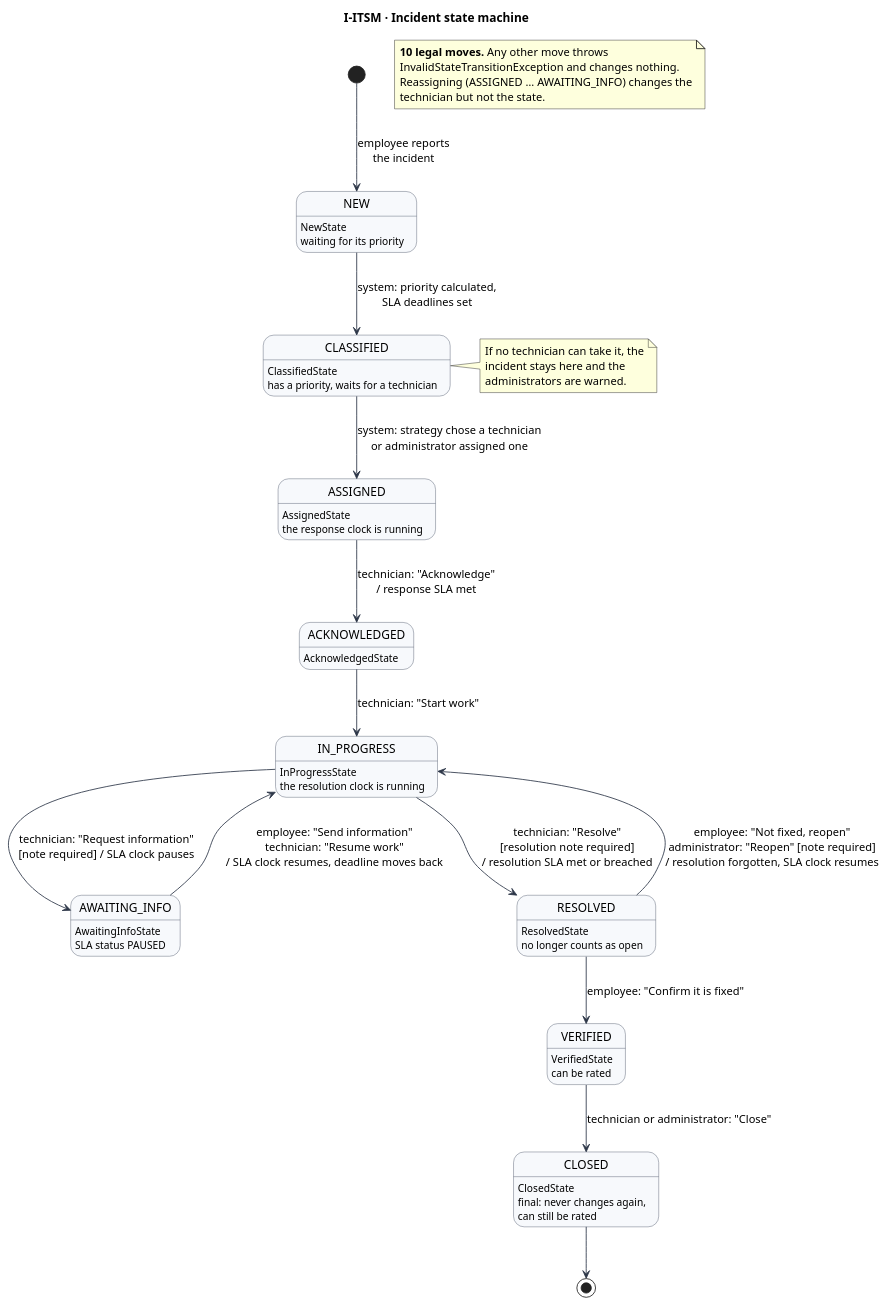
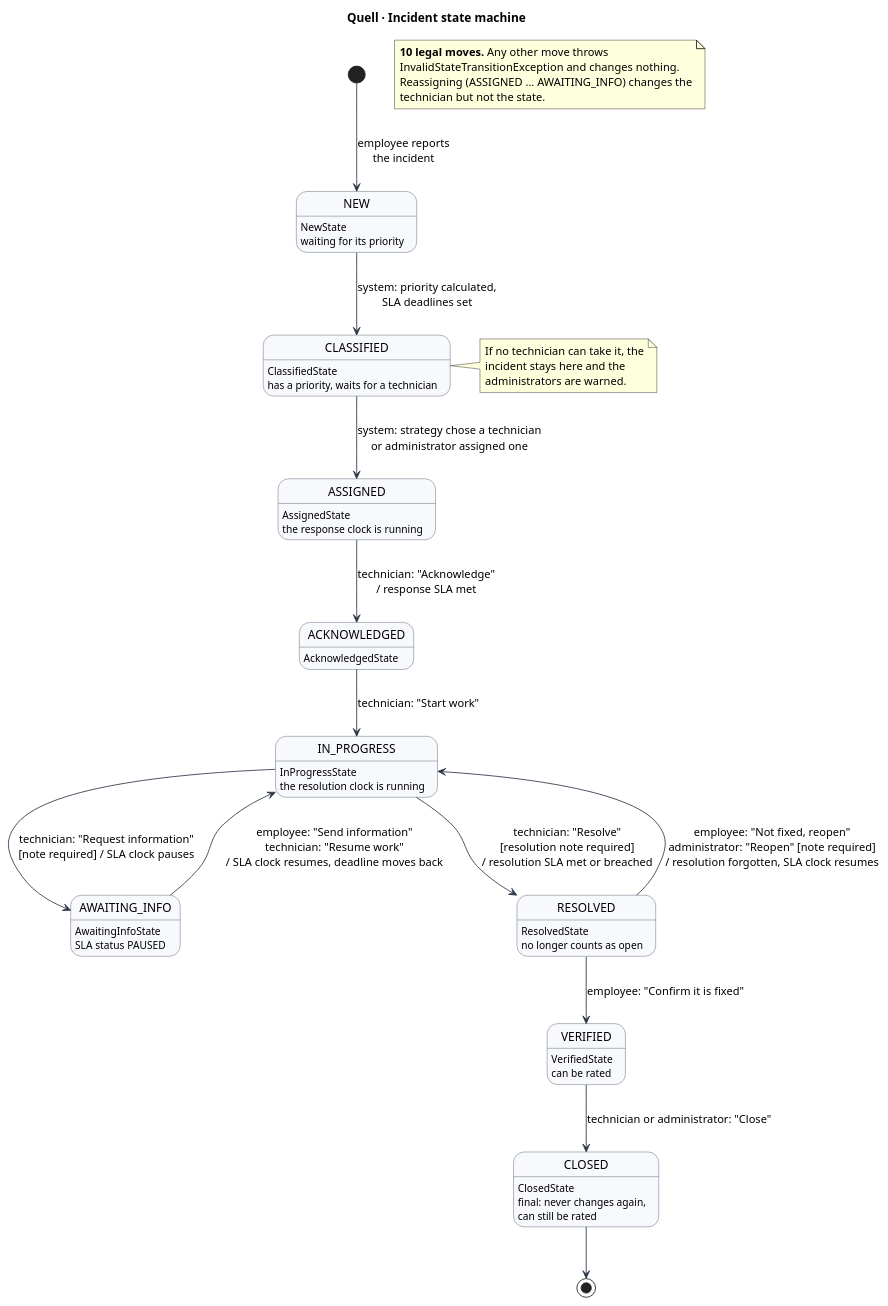
The diagram in docs/diagrams/state-machine.puml (PresidentOfBirTawil/itsm), drawn with PlantUML before and after one commit. The commit also changed 20 other files, not shown here.

First line of the commit message:
Update the diagrams for the whole product

```diff
--- a/docs/diagrams/state-machine.puml
+++ b/docs/diagrams/state-machine.puml
@@ -1,57 +1,57 @@
 @startuml state-machine
 ' The incident lifecycle. One class per state in com.itsm.domain.state (State pattern).
-title I-ITSM · Incident state machine
+title Quell · Incident state machine
 
 skinparam shadowing false
 skinparam state {
   BackgroundColor #F7F9FC
   BorderColor #4A5568
   ArrowColor #2D3748
 }
 hide empty description
 
 [*] --> NEW : employee reports\nthe incident
 
 NEW --> CLASSIFIED : system: priority calculated,\nSLA deadlines set
 CLASSIFIED --> ASSIGNED : system: strategy chose a technician\nor administrator assigned one
 ASSIGNED --> ACKNOWLEDGED : technician: "Acknowledge"\n/ response SLA met
 ACKNOWLEDGED --> IN_PROGRESS : technician: "Start work"
 IN_PROGRESS --> AWAITING_INFO : technician: "Request information"\n[note required] / SLA clock pauses
 AWAITING_INFO --> IN_PROGRESS : employee: "Send information"\ntechnician: "Resume work"\n/ SLA clock resumes, deadline moves back
 IN_PROGRESS --> RESOLVED : technician: "Resolve"\n[resolution note required]\n/ resolution SLA met or breached
 RESOLVED --> VERIFIED : employee: "Confirm it is fixed"
 RESOLVED --> IN_PROGRESS : employee: "Not fixed, reopen"\nadministrator: "Reopen" [note required]\n/ resolution forgotten, SLA clock resumes
 VERIFIED --> CLOSED : technician or administrator: "Close"
 CLOSED --> [*]
 
 NEW : NewState
 NEW : waiting for its priority
 CLASSIFIED : ClassifiedState
 CLASSIFIED : has a priority, waits for a technician
 ASSIGNED : AssignedState
 ASSIGNED : the response clock is running
 ACKNOWLEDGED : AcknowledgedState
 IN_PROGRESS : InProgressState
 IN_PROGRESS : the resolution clock is running
 AWAITING_INFO : AwaitingInfoState
 AWAITING_INFO : SLA status PAUSED
 RESOLVED : ResolvedState
 RESOLVED : no longer counts as open
 VERIFIED : VerifiedState
 VERIFIED : can be rated
 CLOSED : ClosedState
 CLOSED : final: never changes again,\ncan still be rated
 
 note right of CLASSIFIED
   If no technician can take it, the
   incident stays here and the
   administrators are warned.
 end note
 
 note as Rules
   **10 legal moves.** Any other move throws
   InvalidStateTransitionException and changes nothing.
   Reassigning (ASSIGNED … AWAITING_INFO) changes the
   technician but not the state.
 end note
 @enduml
```
